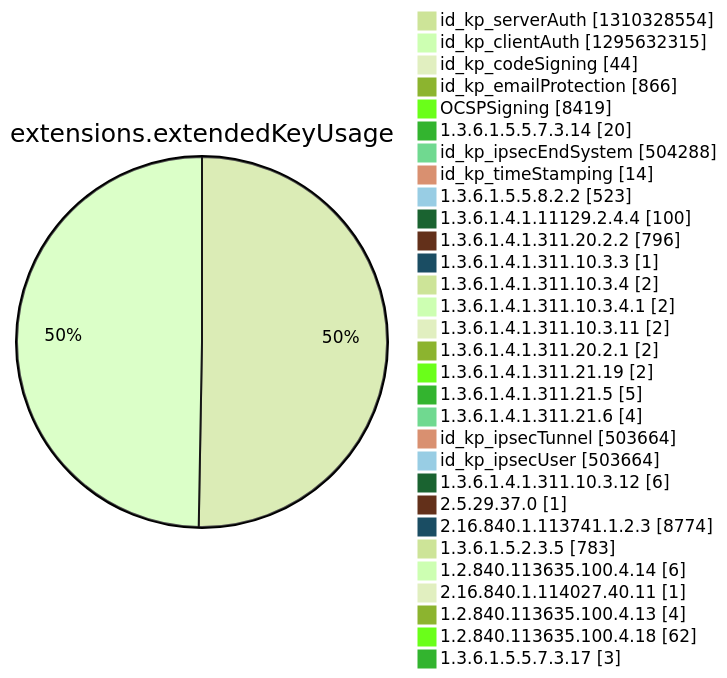
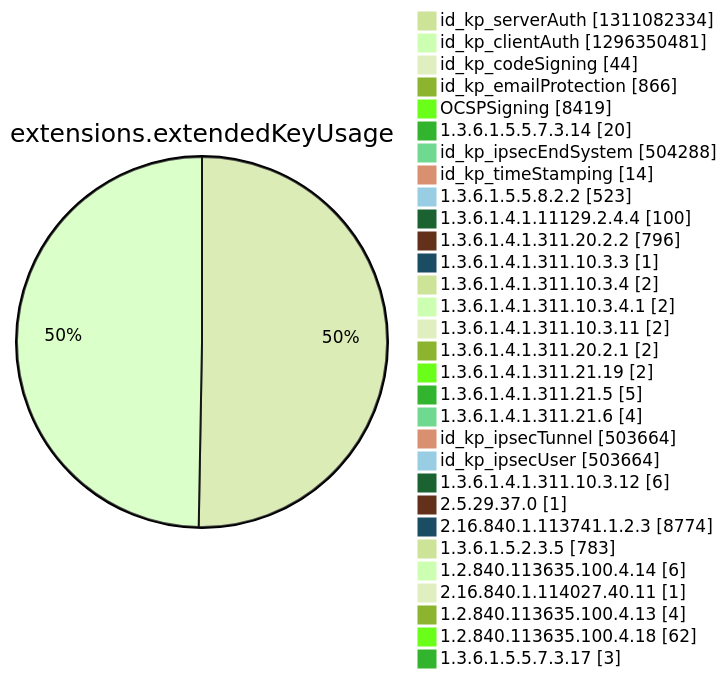
Diagram 12 of 15 in argon2022/README.md (christiankrug/ctmonitor_visualization), drawn with Mermaid (forest theme) before and after one commit. The commit also changed other lines of this file, not shown here.

````diff
--- a/argon2022/README.md
+++ b/argon2022/README.md
@@ -3552,34 +3552,34 @@
 ```mermaid
 pie showData
 title extensions.extendedKeyUsage
-"id_kp_serverAuth" :1310328554
-"id_kp_clientAuth" :1295632315
+"id_kp_serverAuth" :1311082334
+"id_kp_clientAuth" :1296350481
 "id_kp_codeSigning" :44
 "id_kp_emailProtection" :866
 "OCSPSigning" :8419
 "1.3.6.1.5.5.7.3.14" :20
 "id_kp_ipsecEndSystem" :504288
 "id_kp_timeStamping" :14
 "1.3.6.1.5.5.8.2.2" :523
 "1.3.6.1.4.1.11129.2.4.4" :100
 "1.3.6.1.4.1.311.20.2.2" :796
 "1.3.6.1.4.1.311.10.3.3" :1
 "1.3.6.1.4.1.311.10.3.4" :2
 "1.3.6.1.4.1.311.10.3.4.1" :2
 "1.3.6.1.4.1.311.10.3.11" :2
 "1.3.6.1.4.1.311.20.2.1" :2
 "1.3.6.1.4.1.311.21.19" :2
 "1.3.6.1.4.1.311.21.5" :5
 "1.3.6.1.4.1.311.21.6" :4
 "id_kp_ipsecTunnel" :503664
 "id_kp_ipsecUser" :503664
 "1.3.6.1.4.1.311.10.3.12" :6
 "2.5.29.37.0" :1
 "2.16.840.1.113741.1.2.3" :8774
 "1.3.6.1.5.2.3.5" :783
 "1.2.840.113635.100.4.14" :6
 "2.16.840.1.114027.40.11" :1
 "1.2.840.113635.100.4.13" :4
 "1.2.840.113635.100.4.18" :62
 "1.3.6.1.5.5.7.3.17" :3
 ```
````
